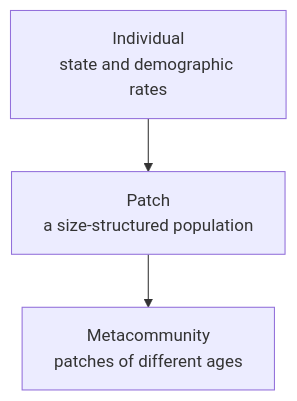
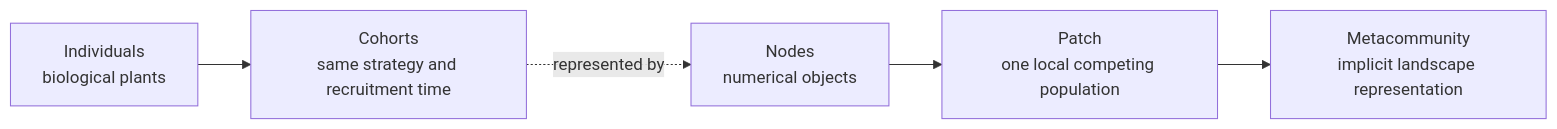
The third of 4 diagrams in theory/overview.qmd (traitecoevo/overstorey), drawn with Mermaid before and after one commit. The commit also changed other lines of this file and 18 other files, not shown here.

````diff
--- a/theory/overview.qmd
+++ b/theory/overview.qmd
@@ -136,7 +146,9 @@
 ```{mermaid}
-flowchart TD
-accTitle: The three ecological scales in plant
-accDescr: Individual plant biology contributes to a population within a patch. Patches of different ages are combined to represent a landscape-scale metacommunity.
-  I["Individual<br/>state and demographic rates"] --> P["Patch<br/>a size-structured population"]
-  P --> M["Metacommunity<br/>patches of different ages"]
+flowchart LR
+accTitle: Ecological scales and their numerical representation in plant
+accDescr: Similar individuals are grouped into cohorts represented numerically by nodes. Nodes describe a size-structured population within one patch. Patch states at different ages are weighted together to represent the landscape-scale metacommunity.
+  I["Individuals<br/>biological plants"] --> C["Cohorts<br/>same strategy and recruitment time"]
+  C -. "represented by" .-> N["Nodes<br/>numerical objects"]
+  N --> P["Patch<br/>one local competing population"]
+  P --> M["Metacommunity<br/>implicit landscape representation"]
 ```
````
